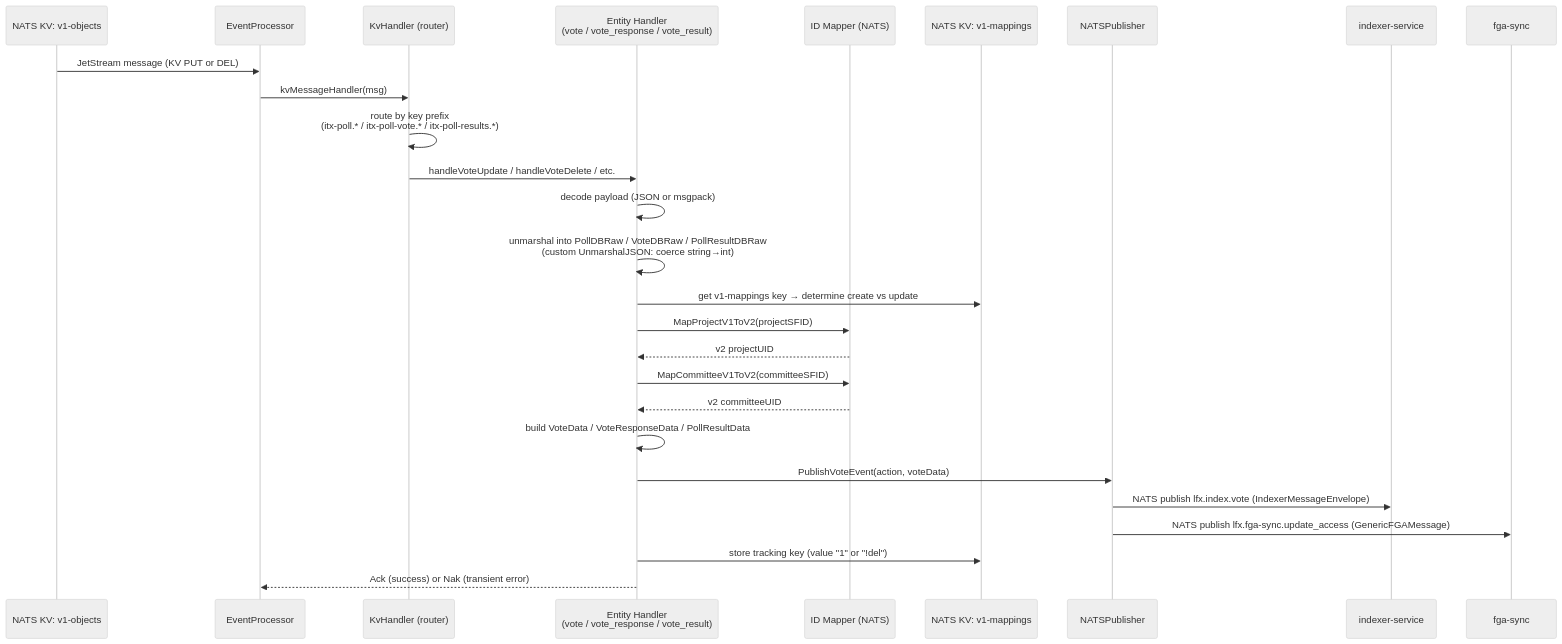
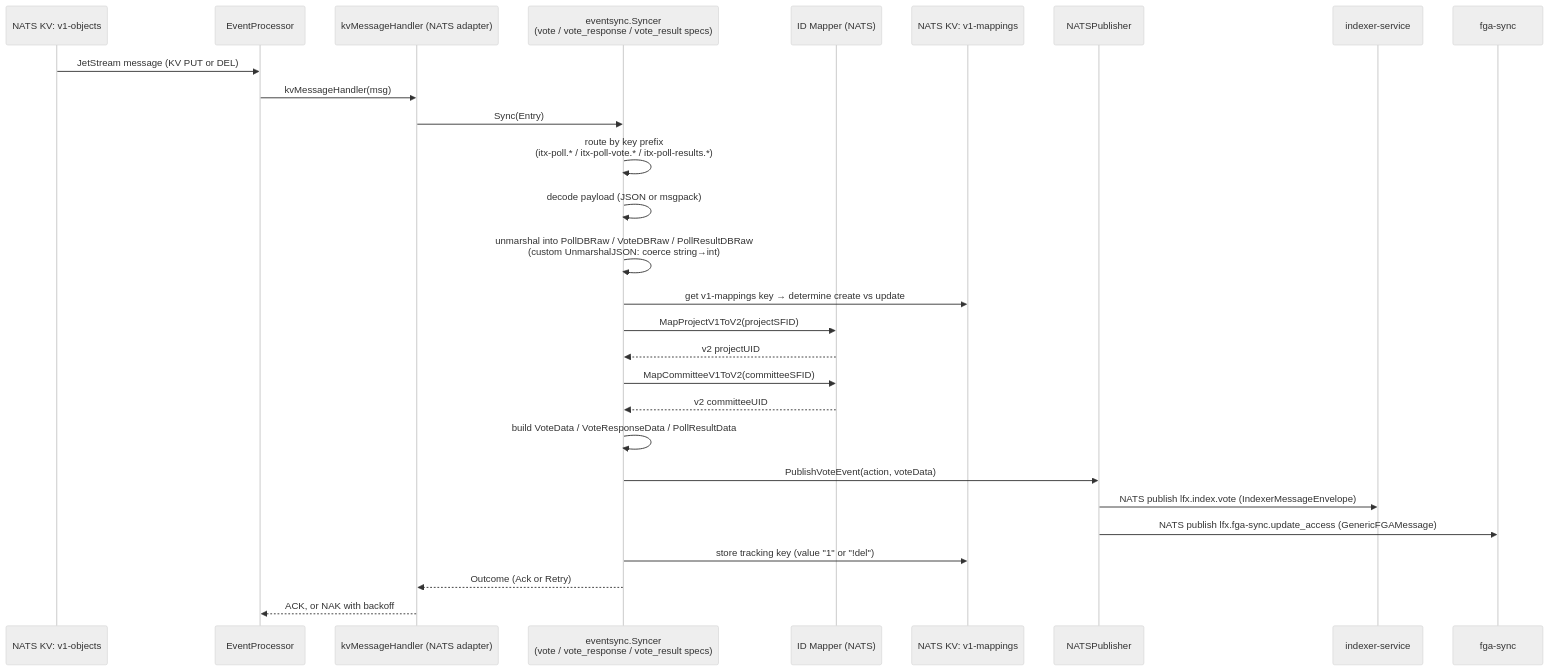
One commit to linuxfoundation/lfx-v2-voting-service changed the third of 6 diagrams in docs/architecture/data-flow.md. Above: the diagram before and after it, drawn with Mermaid (neutral theme). The commit also changed other lines of this file and 35 other files, not shown here.

First line of the commit message:
refactor(eventing): move v1->v2 sync into a deep eventsync module

````diff
--- a/docs/architecture/data-flow.md
+++ b/docs/architecture/data-flow.md
@@ -105,30 +105,31 @@
 ```mermaid
 sequenceDiagram
     participant V1KV as NATS KV: v1-objects
     participant Proc as EventProcessor
-    participant Router as KvHandler (router)
-    participant Handler as Entity Handler<br/>(vote / vote_response / vote_result)
+    participant Router as kvMessageHandler (NATS adapter)
+    participant Handler as eventsync.Syncer<br/>(vote / vote_response / vote_result specs)
     participant IDMap as ID Mapper (NATS)
     participant Mappings as NATS KV: v1-mappings
     participant Pub as NATSPublisher
     participant Indexer as indexer-service
     participant FGA as fga-sync
 
     V1KV->>Proc: JetStream message (KV PUT or DEL)
     Proc->>Router: kvMessageHandler(msg)
-    Router->>Router: route by key prefix<br/>(itx-poll.* / itx-poll-vote.* / itx-poll-results.*)
-    Router->>Handler: handleVoteUpdate / handleVoteDelete / etc.
+    Router->>Handler: Sync(Entry)
+    Handler->>Handler: route by key prefix<br/>(itx-poll.* / itx-poll-vote.* / itx-poll-results.*)
     Handler->>Handler: decode payload (JSON or msgpack)
     Handler->>Handler: unmarshal into PollDBRaw / VoteDBRaw / PollResultDBRaw<br/>(custom UnmarshalJSON: coerce string→int)
     Handler->>Mappings: get v1-mappings key → determine create vs update
     Handler->>IDMap: MapProjectV1ToV2(projectSFID)
     IDMap-->>Handler: v2 projectUID
     Handler->>IDMap: MapCommitteeV1ToV2(committeeSFID)
     IDMap-->>Handler: v2 committeeUID
     Handler->>Handler: build VoteData / VoteResponseData / PollResultData
     Handler->>Pub: PublishVoteEvent(action, voteData)
     Pub->>Indexer: NATS publish lfx.index.vote (IndexerMessageEnvelope)
     Pub->>FGA: NATS publish lfx.fga-sync.update_access (GenericFGAMessage)
     Handler->>Mappings: store tracking key (value "1" or "!del")
-    Handler-->>Proc: Ack (success) or Nak (transient error)
+    Handler-->>Router: Outcome (Ack or Retry)
+    Router-->>Proc: ACK, or NAK with backoff
 ```
````
